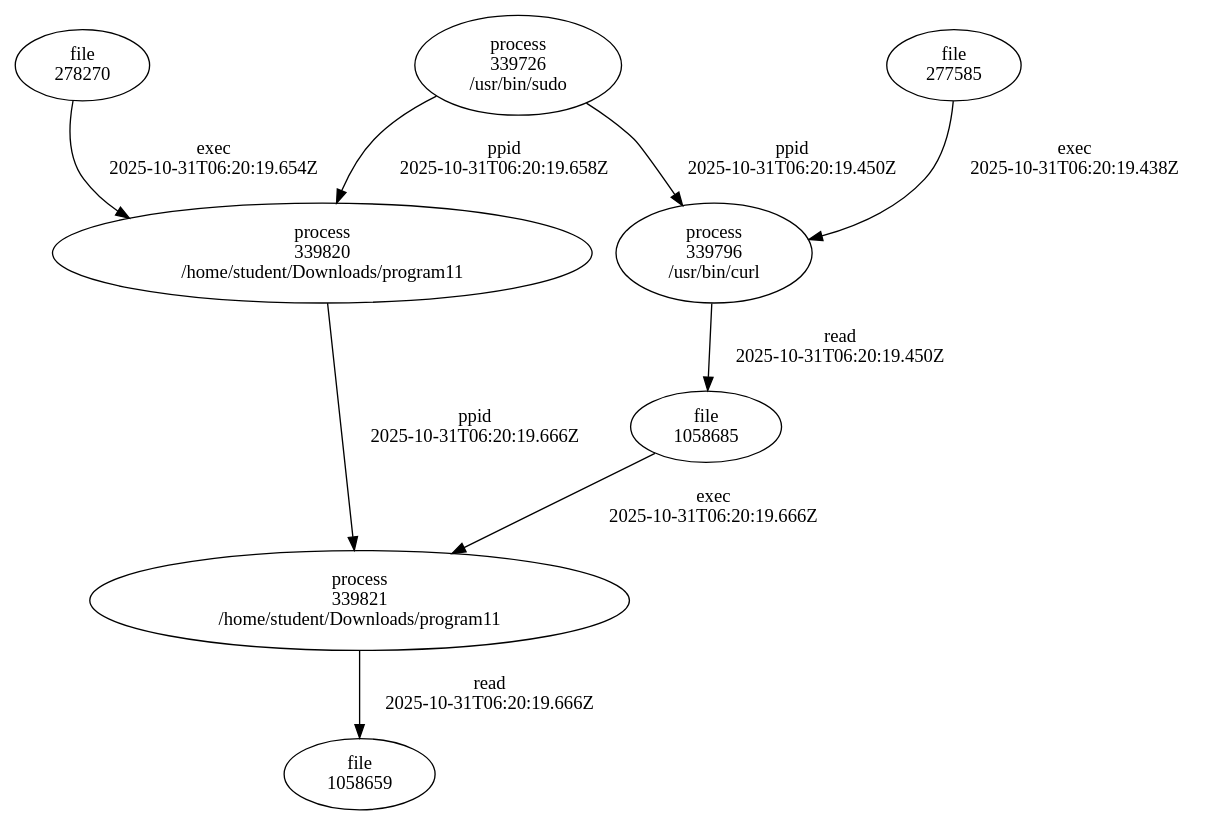
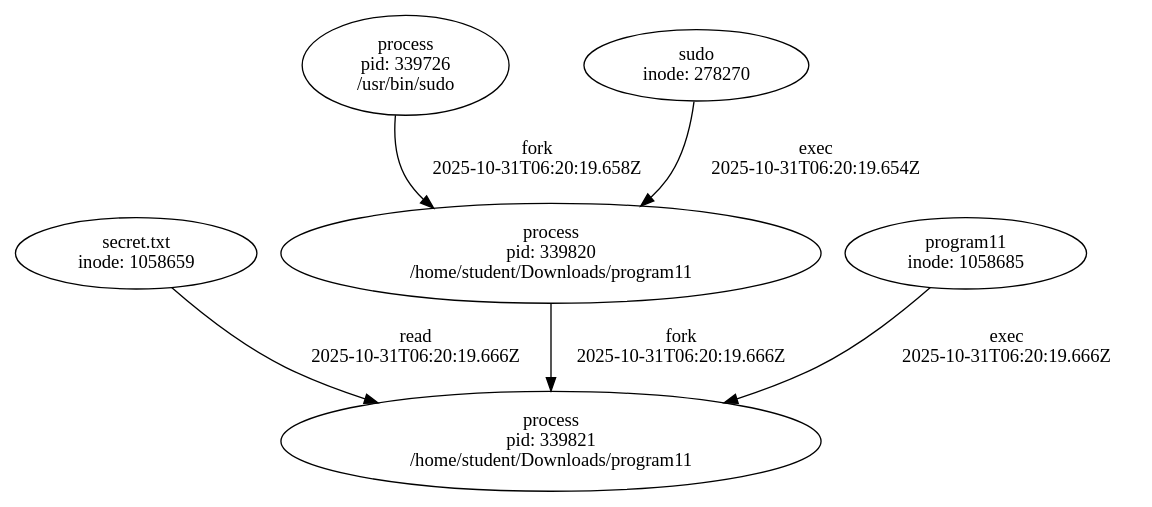
The diagram in reports/backward/backward_155.dot (return2faye/beattracker), drawn with Graphviz before and after one commit. The commit also changed 7 other files, not shown here.

```diff
--- a/reports/backward/backward_155.dot
+++ b/reports/backward/backward_155.dot
@@ -1,18 +1,13 @@
 digraph G {
-  "('file', '1058659')" [label="file\n1058659"];
-  "('proc', 339821)" [label="process\n339821\n/home/student/Downloads/program11"];
-  "('proc', 339820)" [label="process\n339820\n/home/student/Downloads/program11"];
-  "('file', '1058685')" [label="file\n1058685"];
-  "('proc', 339726)" [label="process\n339726\n/usr/bin/sudo"];
-  "('file', '278270')" [label="file\n278270"];
-  "('proc', 339796)" [label="process\n339796\n/usr/bin/curl"];
-  "('file', '277585')" [label="file\n277585"];
-  "('proc', 339821)" -> "('file', '1058659')" [label="read\n2025-10-31T06:20:19.666Z"];
-  "('proc', 339820)" -> "('proc', 339821)" [label="ppid\n2025-10-31T06:20:19.666Z"];
+  "('proc', 339821)" [label="process\npid: 339821\n/home/student/Downloads/program11"];
+  "('file', '1058659')" [label="secret.txt\ninode: 1058659"];
+  "('proc', 339820)" [label="process\npid: 339820\n/home/student/Downloads/program11"];
+  "('file', '1058685')" [label="program11\ninode: 1058685"];
+  "('proc', 339726)" [label="process\npid: 339726\n/usr/bin/sudo"];
+  "('file', '278270')" [label="sudo\ninode: 278270"];
+  "('file', '1058659')" -> "('proc', 339821)" [label="read\n2025-10-31T06:20:19.666Z"];
+  "('proc', 339820)" -> "('proc', 339821)" [label="fork\n2025-10-31T06:20:19.666Z"];
   "('file', '1058685')" -> "('proc', 339821)" [label="exec\n2025-10-31T06:20:19.666Z"];
-  "('proc', 339726)" -> "('proc', 339820)" [label="ppid\n2025-10-31T06:20:19.658Z"];
+  "('proc', 339726)" -> "('proc', 339820)" [label="fork\n2025-10-31T06:20:19.658Z"];
   "('file', '278270')" -> "('proc', 339820)" [label="exec\n2025-10-31T06:20:19.654Z"];
-  "('proc', 339796)" -> "('file', '1058685')" [label="read\n2025-10-31T06:20:19.450Z"];
-  "('proc', 339726)" -> "('proc', 339796)" [label="ppid\n2025-10-31T06:20:19.450Z"];
-  "('file', '277585')" -> "('proc', 339796)" [label="exec\n2025-10-31T06:20:19.438Z"];
 }
```
